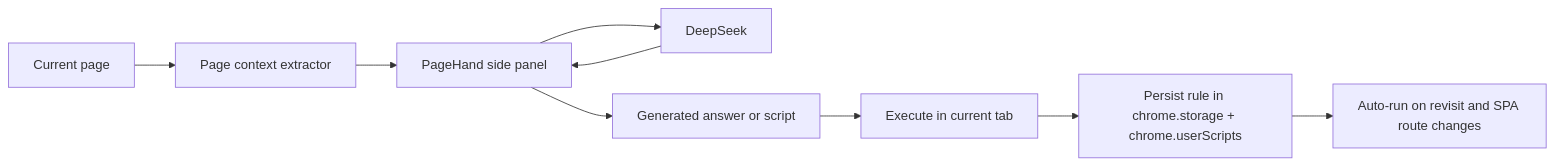
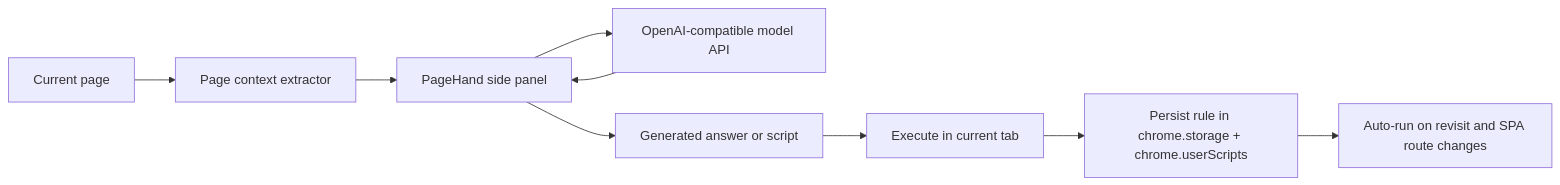
The diagram in README.md (lwxyfer/pagehand), drawn with Mermaid before and after one commit. The commit also changed other lines of this file and 5 other files, not shown here.

````diff
--- a/README.md
+++ b/README.md
@@ -47,11 +49,11 @@
 ```mermaid
 flowchart LR
   A["Current page"] --> B["Page context extractor"]
   B --> C["PageHand side panel"]
-  C --> D["DeepSeek"]
+  C --> D["OpenAI-compatible model API"]
   D --> C
   C --> E["Generated answer or script"]
   E --> F["Execute in current tab"]
   F --> G["Persist rule in chrome.storage + chrome.userScripts"]
   G --> H["Auto-run on revisit and SPA route changes"]
 ```
````
